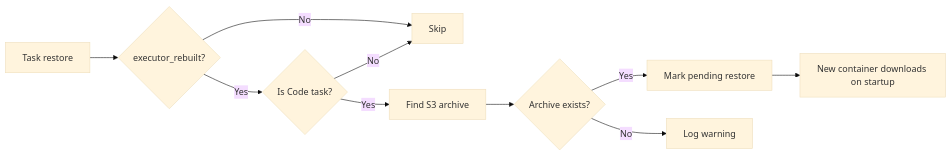
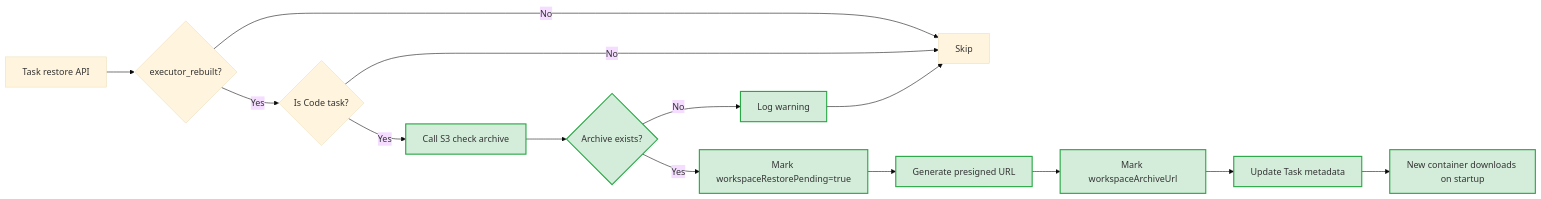
The fifth of 9 diagrams in docs/en/features/task-restore.md (wecode-ai/Wegent), drawn with Mermaid (base theme) before and after one commit. The commit also changed other lines of this file and 1 other file, not shown here.

First line of the commit message:
docs: update task restore documentation with visual markers

````diff
--- a/docs/en/features/task-restore.md
+++ b/docs/en/features/task-restore.md
@@ -184,12 +305,18 @@
 ```mermaid
 flowchart LR
-    A[Task restore] --> B{executor_rebuilt?}
+    A[Task restore API] --> B{executor_rebuilt?}
     B -->|Yes| C{Is Code task?}
     B -->|No| D[Skip]
-    C -->|Yes| E[Find S3 archive]
+    C -->|Yes| E[Call S3 check archive]:::new
     C -->|No| D
-    E --> F{Archive exists?}
-    F -->|Yes| G[Mark pending restore]
-    F -->|No| H[Log warning]
-    G --> I[New container downloads on startup]
+    E --> F{Archive exists?}:::new
+    F -->|Yes| G[Mark workspaceRestorePending=true]:::new
+    F -->|No| H[Log warning]:::new
+    G --> I[Generate presigned URL]:::new
+    I --> J[Mark workspaceArchiveUrl]:::new
+    J --> K[Update Task metadata]:::new
+    K --> L[New container downloads on startup]:::new
+    H --> D
+
+    classDef new fill:#d4edda,stroke:#28a745,stroke-width:2px
 ```
````
